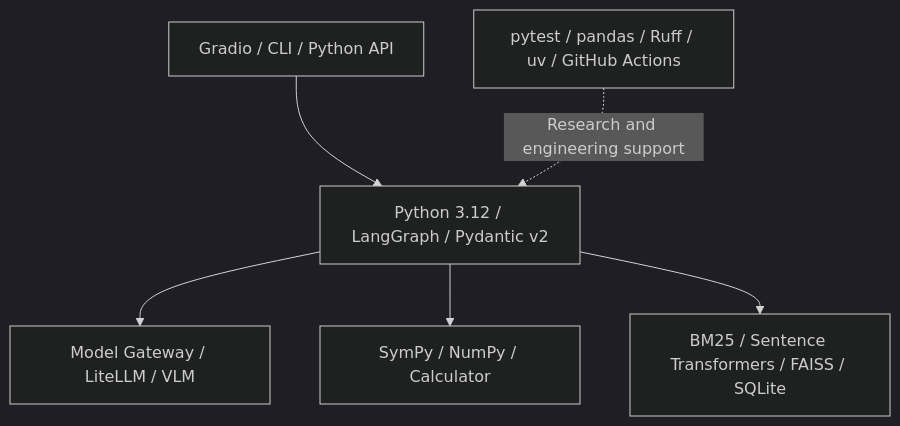
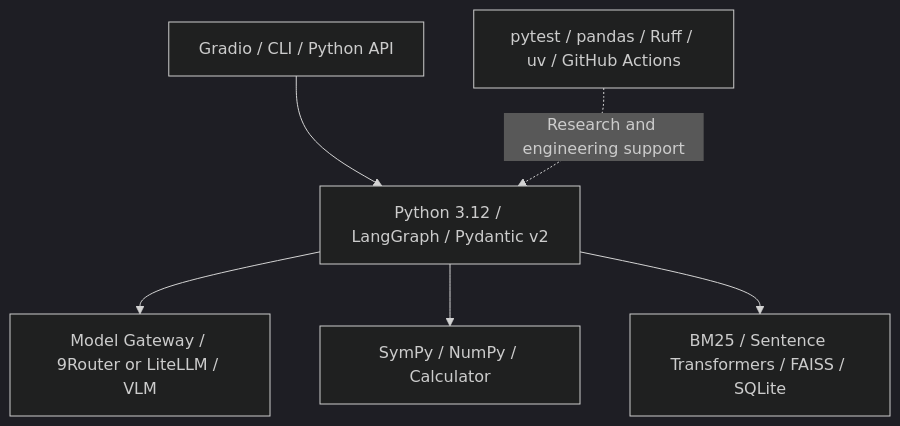
Before and after one commit to kienng221105/MathAgents_MATHK: diagram 23 of 37 in docs/03_SYSTEM_DESIGN.md, drawn with Mermaid (dark theme). The commit also changed other lines of this file, not shown here.

Commit message:
docs: approve five-agent design and 9Router integration v0.5

````diff
--- a/docs/03_SYSTEM_DESIGN.md
+++ b/docs/03_SYSTEM_DESIGN.md
@@ -642,14 +660,14 @@
 ```mermaid
 flowchart TD
  I["Gradio / CLI / Python API"]
  C["Python 3.12 / LangGraph / Pydantic v2"]
- A["Model Gateway / LiteLLM / VLM"]
+ A["Model Gateway / 9Router or LiteLLM / VLM"]
  T["SymPy / NumPy / Calculator"]
  K["BM25 / Sentence Transformers / FAISS / SQLite"]
  R["pytest / pandas / Ruff / uv / GitHub Actions"]
  I --> C
  C --> A
  C --> T
  C --> K
  R -.->|Research and engineering support| C
 ```
````
